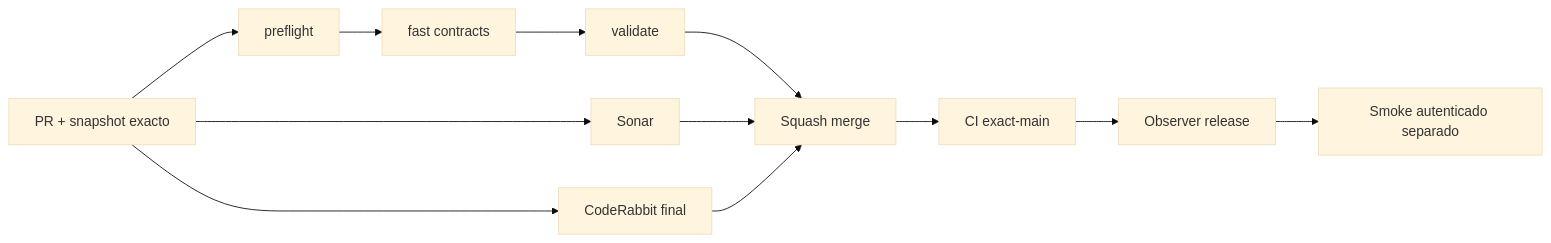
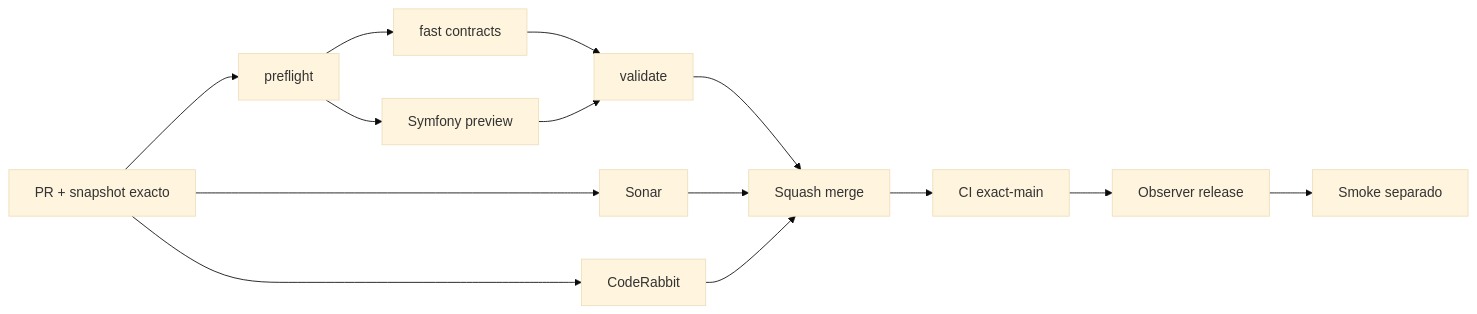
Before and after one commit to pl0n3r/GrindFlow: the diagram in README.md, drawn with Mermaid (base theme). The commit also changed other lines of this file, not shown here.

Commit message:
docs: snapshot v0.1.85 hardening acceso Symfony

````diff
--- a/README.md
+++ b/README.md
@@ -46,14 +46,16 @@
 ```mermaid
 flowchart LR
  A["PR + snapshot exacto"] --> P["preflight"]
  P --> F["fast contracts"]
+ P --> Y["Symfony preview"]
  F --> V["validate"]
+ Y --> V
  A --> S["Sonar"]
- A --> C["CodeRabbit final"]
+ A --> C["CodeRabbit"]
  V --> M["Squash merge"]
  S --> M
  C --> M
  M --> X["CI exact-main"]
  X --> O["Observer release"]
- O --> T["Smoke autenticado separado"]
+ O --> T["Smoke separado"]
 ```
````
